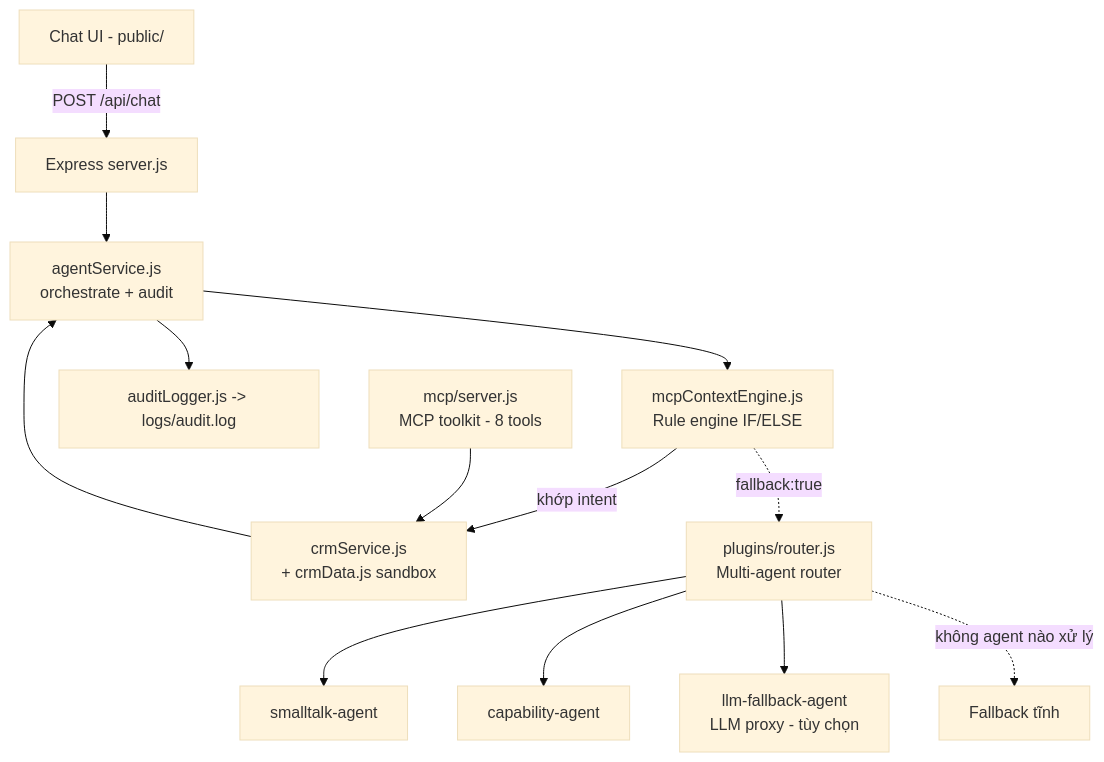
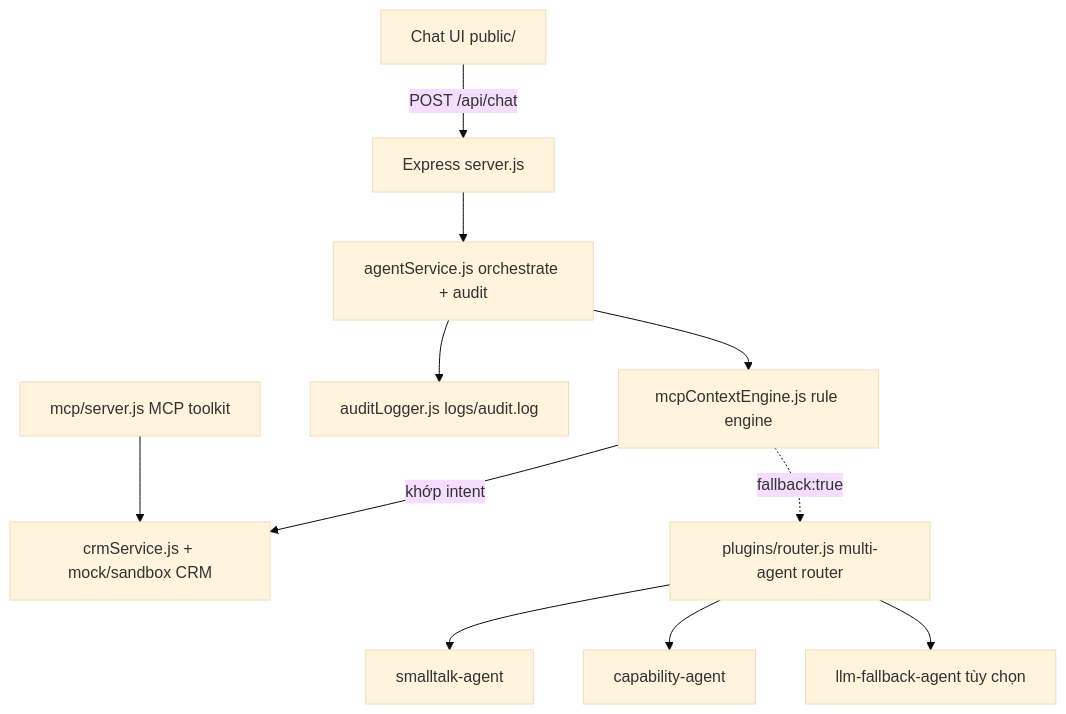
Before and after one commit to minhhieu-2003/CRM_MVP: the diagram in README.md, drawn with Mermaid (base theme). The commit also changed other lines of this file and 8 other files, not shown here.

Commit message:
Add large mock CRM dataset

````diff
--- a/README.md
+++ b/README.md
@@ -28,15 +161,13 @@
 ```mermaid
 flowchart TD
-    UI[Chat UI - public/] -->|POST /api/chat| API[Express server.js]
-    API --> AS[agentService.js<br/>orchestrate + audit]
-    AS --> RE[mcpContextEngine.js<br/>Rule engine IF/ELSE]
-    RE -->|khớp intent| CRM[crmService.js<br/>+ crmData.js sandbox]
-    RE -.->|fallback:true| RT[plugins/router.js<br/>Multi-agent router]
+    UI[Chat UI public/] -->|POST /api/chat| API[Express server.js]
+    API --> AS[agentService.js orchestrate + audit]
+    AS --> RE[mcpContextEngine.js rule engine]
+    RE -->|khớp intent| CRM[crmService.js + mock/sandbox CRM]
+    RE -.->|fallback:true| RT[plugins/router.js multi-agent router]
     RT --> SA[smalltalk-agent]
     RT --> CA[capability-agent]
-    RT --> LA[llm-fallback-agent<br/>LLM proxy - tùy chọn]
-    RT -.->|không agent nào xử lý| ST[Fallback tĩnh]
-    AS --> AU[auditLogger.js -> logs/audit.log]
-    CRM --> AS
-    MCP[mcp/server.js<br/>MCP toolkit - 8 tools] --> CRM
+    RT --> LA[llm-fallback-agent tùy chọn]
+    AS --> AU[auditLogger.js logs/audit.log]
+    MCP[mcp/server.js MCP toolkit] --> CRM
 ```
````
